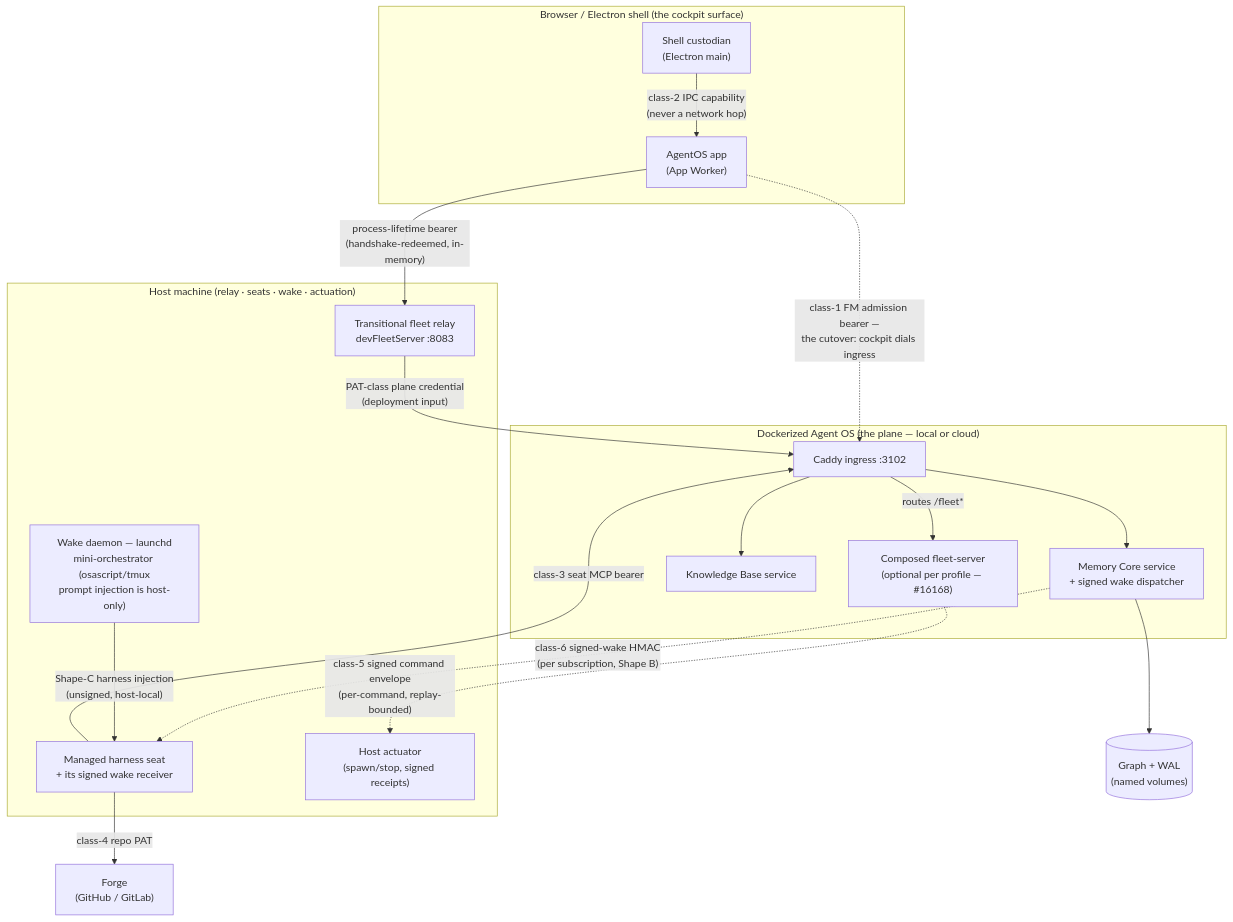
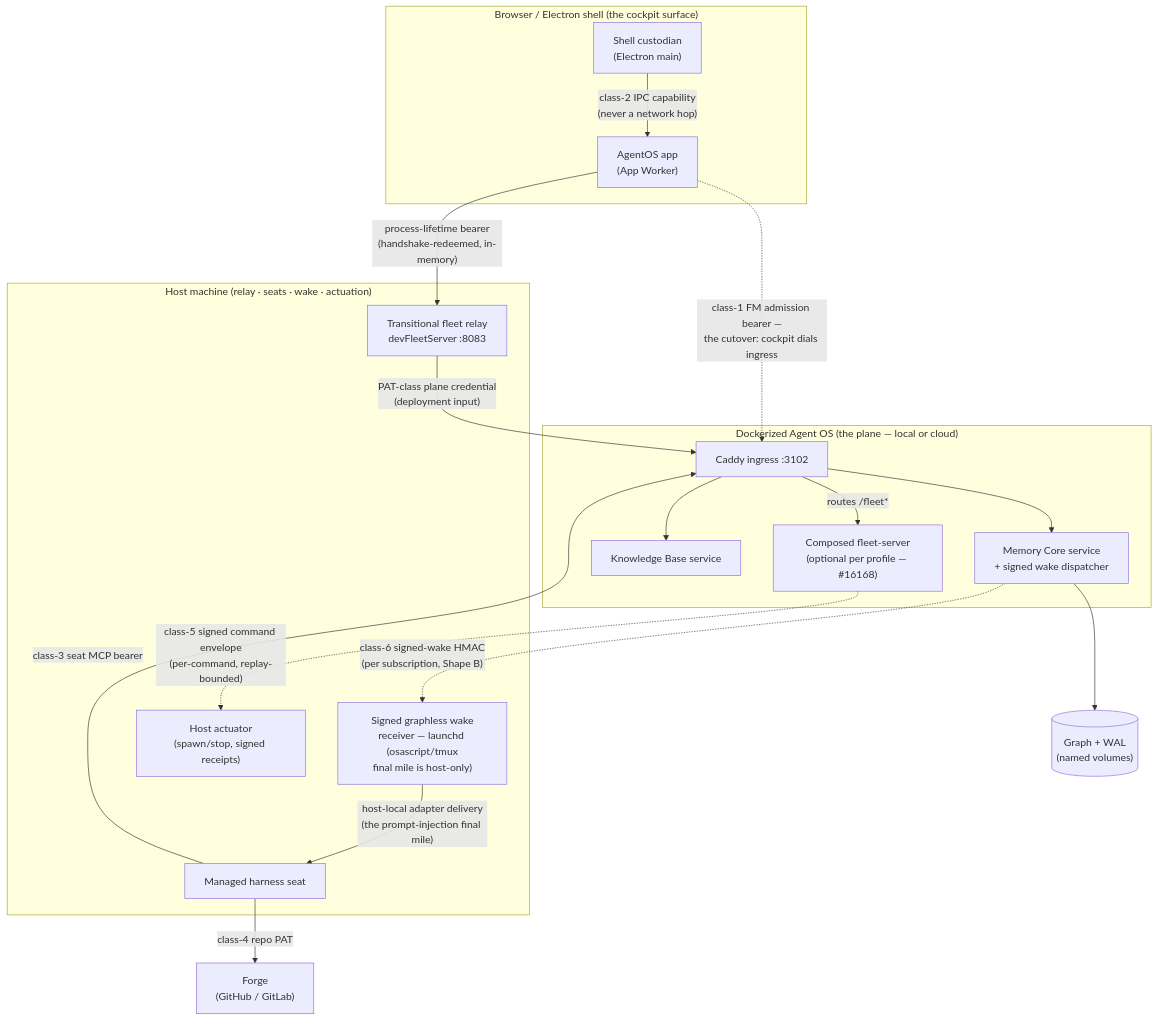
One commit to neomjs/neo changed the first of 6 diagrams in learn/agentos/FleetManagerArchitecture.md. Above: the diagram before and after it, drawn with Mermaid. The commit also changed other lines of this file, not shown here.

Commit message:
docs(learn): D1 host wake actor is the signed graphless receiver, not the retired daemon (#17104)

````diff
--- a/learn/agentos/FleetManagerArchitecture.md
+++ b/learn/agentos/FleetManagerArchitecture.md
@@ -17,38 +17,38 @@
 ```mermaid
 flowchart TD
     subgraph Shell["Browser / Electron shell (the cockpit surface)"]
         Main["Shell custodian<br/>(Electron main)"]
         Page["AgentOS app<br/>(App Worker)"]
     end
 
     subgraph Host["Host machine (relay · seats · wake · actuation)"]
         Transport["Transitional fleet relay<br/>devFleetServer :8083"]
-        Seat["Managed harness seat<br/>+ its signed wake receiver"]
-        HostWake["Wake daemon — launchd<br/>mini-orchestrator (osascript/tmux<br/>prompt injection is host-only)"]
+        Seat["Managed harness seat"]
+        Receiver["Signed graphless wake<br/>receiver — launchd (osascript/tmux<br/>final mile is host-only)"]
         Actuator["Host actuator<br/>(spawn/stop, signed receipts)"]
     end
 
     subgraph Plane["Dockerized Agent OS (the plane — local or cloud)"]
         Ingress["Caddy ingress :3102"]
         MC["Memory Core service<br/>+ signed wake dispatcher"]
         KB["Knowledge Base service"]
         FS["Composed fleet-server<br/>(optional per profile — #16168)"]
     end
 
     Forge["Forge<br/>(GitHub / GitLab)"]
     GraphStore[("Graph + WAL<br/>(named volumes)")]
 
     Main -- "class-2 IPC capability<br/>(never a network hop)" --> Page
     Page -- "process-lifetime bearer<br/>(handshake-redeemed, in-memory)" --> Transport
     Transport -- "PAT-class plane credential<br/>(deployment input)" --> Ingress
     Page -. "class-1 FM admission bearer —<br/>the cutover: cockpit dials ingress" .-> Ingress
     Seat -- "class-3 seat MCP bearer" --> Ingress
     Seat -- "class-4 repo PAT" --> Forge
     Ingress -- "routes /fleet*" --> FS
     Ingress --> MC
     Ingress --> KB
     MC --> GraphStore
-    MC -. "class-6 signed-wake HMAC<br/>(per subscription, Shape B)" .-> Seat
-    HostWake -- "Shape-C harness injection<br/>(unsigned, host-local)" --> Seat
+    MC -. "class-6 signed-wake HMAC<br/>(per subscription, Shape B)" .-> Receiver
+    Receiver -- "host-local adapter delivery<br/>(the prompt-injection final mile)" --> Seat
     FS -. "class-5 signed command envelope<br/>(per-command, replay-bounded)" .-> Actuator
 ```
````
